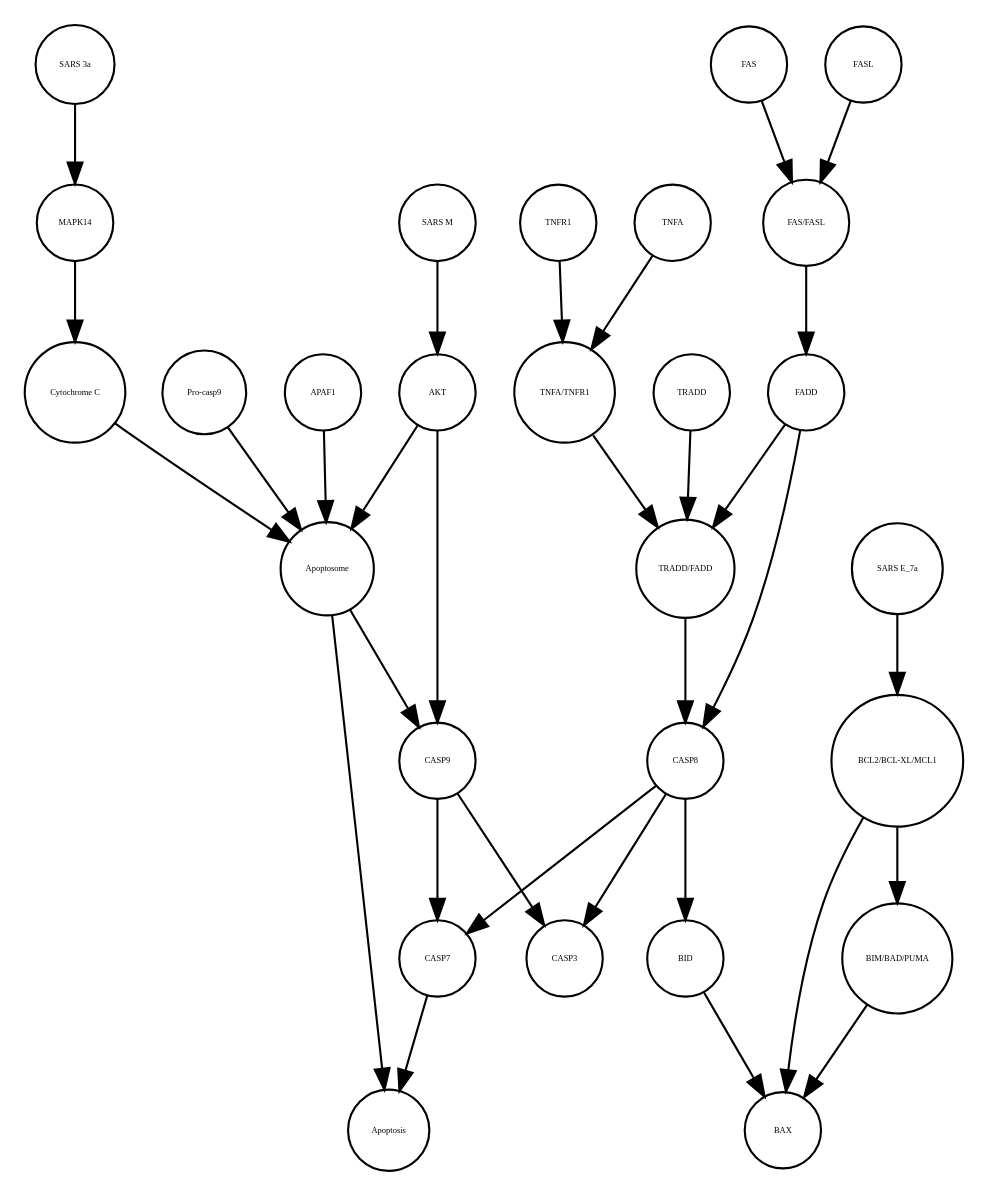
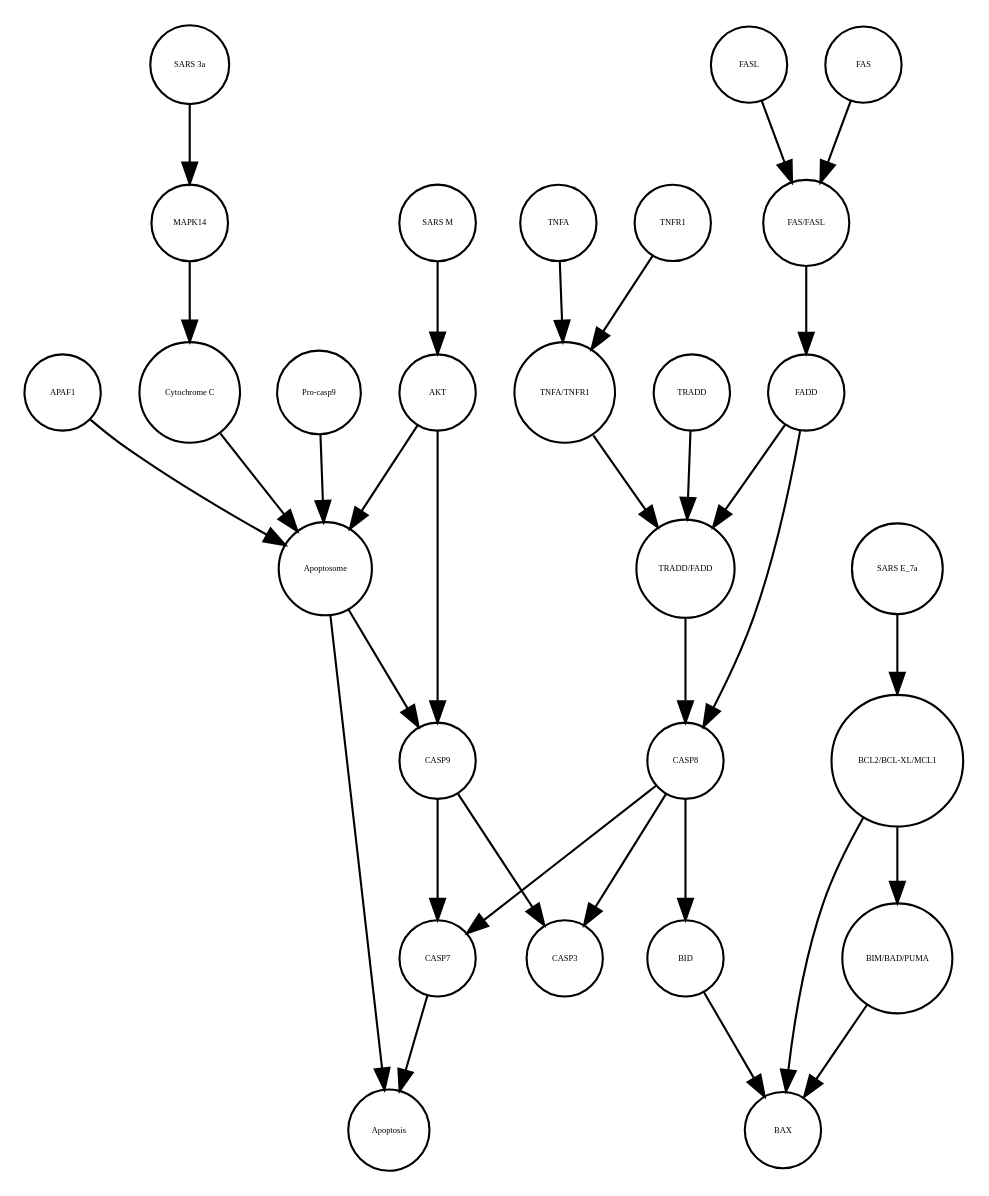
Before and after one commit to cannin/covid19-sbgn: the diagram in Apoptosis_VS_SSA_AN.xml_projected.dot, drawn with Graphviz. The commit also changed other lines of this file and 637 other files, not shown here.

```diff
--- a/Apoptosis_VS_SSA_AN.xml_projected.dot
+++ b/Apoptosis_VS_SSA_AN.xml_projected.dot
@@ -1,60 +1,60 @@
 strict digraph  {
 CASP7 [annotation="", bipartite=0, cls=macromolecule, fontsize=4, label=CASP7, shape=circle];
 Apoptosis [annotation="", bipartite=0, cls=phenotype, fontsize=4, label=Apoptosis, shape=circle];
 Apoptosome [annotation="", bipartite=0, cls=complex, fontsize=4, label=Apoptosome, shape=circle];
+"SARS E_7a" [annotation="", bipartite=0, cls=macromolecule, fontsize=4, label="SARS E_7a", shape=circle];
+"FAS/FASL" [annotation="", bipartite=0, cls=complex, fontsize=4, label="FAS/FASL", shape=circle];
+FAS [annotation="", bipartite=0, cls=macromolecule, fontsize=4, label=FAS, shape=circle];
+CASP3 [annotation="", bipartite=0, cls=macromolecule, fontsize=4, label=CASP3, shape=circle];
+APAF1 [annotation="", bipartite=0, cls=macromolecule, fontsize=4, label=APAF1, shape=circle];
+"TRADD/FADD" [annotation="", bipartite=0, cls=complex, fontsize=4, label="TRADD/FADD", shape=circle];
 CASP9 [annotation="", bipartite=0, cls=macromolecule, fontsize=4, label=CASP9, shape=circle];
-"SARS M" [annotation="", bipartite=0, cls=macromolecule, fontsize=4, label="SARS M", shape=circle];
-AKT [annotation="", bipartite=0, cls=macromolecule, fontsize=4, label=AKT, shape=circle];
-"FAS/FASL" [annotation="", bipartite=0, cls=complex, fontsize=4, label="FAS/FASL", shape=circle];
-FASL [annotation="", bipartite=0, cls=macromolecule, fontsize=4, label=FASL, shape=circle];
-APAF1 [annotation="", bipartite=0, cls=macromolecule, fontsize=4, label=APAF1, shape=circle];
-"SARS E_7a" [annotation="", bipartite=0, cls=macromolecule, fontsize=4, label="SARS E_7a", shape=circle];
+CASP8 [annotation="", bipartite=0, cls=macromolecule, fontsize=4, label=CASP8, shape=circle];
+"SARS 3a" [annotation="", bipartite=0, cls=macromolecule, fontsize=4, label="SARS 3a", shape=circle];
 FADD [annotation="", bipartite=0, cls=macromolecule, fontsize=4, label=FADD, shape=circle];
+TRADD [annotation="", bipartite=0, cls=macromolecule, fontsize=4, label=TRADD, shape=circle];
 BID [annotation="", bipartite=0, cls=macromolecule, fontsize=4, label=BID, shape=circle];
 BAX [annotation="", bipartite=0, cls=macromolecule, fontsize=4, label=BAX, shape=circle];
+MAPK14 [annotation="", bipartite=0, cls=macromolecule, fontsize=4, label=MAPK14, shape=circle];
+AKT [annotation="", bipartite=0, cls=macromolecule, fontsize=4, label=AKT, shape=circle];
+TNFR1 [annotation="", bipartite=0, cls=macromolecule, fontsize=4, label=TNFR1, shape=circle];
+"SARS M" [annotation="", bipartite=0, cls=macromolecule, fontsize=4, label="SARS M", shape=circle];
+TNFA [annotation="", bipartite=0, cls=macromolecule, fontsize=4, label=TNFA, shape=circle];
+"BCL2/BCL-XL/MCL1" [annotation="", bipartite=0, cls=complex, fontsize=4, label="BCL2/BCL-XL/MCL1", shape=circle];
+"BIM/BAD/PUMA" [annotation="", bipartite=0, cls=complex, fontsize=4, label="BIM/BAD/PUMA", shape=circle];
+"Cytochrome C" [annotation="", bipartite=0, cls=macromolecule, fontsize=4, label="Cytochrome C", shape=circle];
+"TNFA/TNFR1" [annotation="", bipartite=0, cls=complex, fontsize=4, label="TNFA/TNFR1", shape=circle];
+FASL [annotation="", bipartite=0, cls=macromolecule, fontsize=4, label=FASL, shape=circle];
 "Pro-casp9" [annotation="", bipartite=0, cls=macromolecule, fontsize=4, label="Pro-casp9", shape=circle];
-"SARS 3a" [annotation="", bipartite=0, cls=macromolecule, fontsize=4, label="SARS 3a", shape=circle];
-"TRADD/FADD" [annotation="", bipartite=0, cls=complex, fontsize=4, label="TRADD/FADD", shape=circle];
-TNFA [annotation="", bipartite=0, cls=macromolecule, fontsize=4, label=TNFA, shape=circle];
-CASP8 [annotation="", bipartite=0, cls=macromolecule, fontsize=4, label=CASP8, shape=circle];
-FAS [annotation="", bipartite=0, cls=macromolecule, fontsize=4, label=FAS, shape=circle];
-"Cytochrome C" [annotation="", bipartite=0, cls=macromolecule, fontsize=4, label="Cytochrome C", shape=circle];
-TRADD [annotation="", bipartite=0, cls=macromolecule, fontsize=4, label=TRADD, shape=circle];
-CASP3 [annotation="", bipartite=0, cls=macromolecule, fontsize=4, label=CASP3, shape=circle];
-MAPK14 [annotation="", bipartite=0, cls=macromolecule, fontsize=4, label=MAPK14, shape=circle];
-"TNFA/TNFR1" [annotation="", bipartite=0, cls=complex, fontsize=4, label="TNFA/TNFR1", shape=circle];
-"BCL2/BCL-XL/MCL1" [annotation="", bipartite=0, cls=complex, fontsize=4, label="BCL2/BCL-XL/MCL1", shape=circle];
-TNFR1 [annotation="", bipartite=0, cls=macromolecule, fontsize=4, label=TNFR1, shape=circle];
-"BIM/BAD/PUMA" [annotation="", bipartite=0, cls=complex, fontsize=4, label="BIM/BAD/PUMA", shape=circle];
 CASP7 -> Apoptosis  [annotation="", interaction_type=stimulation];
 Apoptosome -> Apoptosis  [annotation="", interaction_type=stimulation];
 Apoptosome -> CASP9  [annotation="urn_miriam_kegg.pathway_hsa04210", interaction_type=catalysis];
+"SARS E_7a" -> "BCL2/BCL-XL/MCL1"  [annotation="", interaction_type=inhibition];
+"FAS/FASL" -> FADD  [annotation="urn_miriam_kegg.pathway_hsa04210", interaction_type=catalysis];
+FAS -> "FAS/FASL"  [annotation="", interaction_type=production];
+APAF1 -> Apoptosome  [annotation="", interaction_type=production];
+"TRADD/FADD" -> CASP8  [annotation="urn_miriam_kegg.pathway_hsa04210", interaction_type=catalysis];
 CASP9 -> CASP7  [annotation="urn_miriam_kegg.pathway_hsa04210", interaction_type=catalysis];
 CASP9 -> CASP3  [annotation="urn_miriam_kegg.pathway_hsa04210", interaction_type=catalysis];
-"SARS M" -> AKT  [annotation=urn_miriam_pubmed_31226023, interaction_type=inhibition];
+CASP8 -> CASP7  [annotation="urn_miriam_kegg.pathway_hsa04210", interaction_type=catalysis];
+CASP8 -> BID  [annotation="urn_miriam_kegg.pathway_hsa04210", interaction_type=catalysis];
+CASP8 -> CASP3  [annotation="urn_miriam_kegg.pathway_hsa04210", interaction_type=catalysis];
+"SARS 3a" -> MAPK14  [annotation=urn_miriam_pubmed_31226023, interaction_type=catalysis];
+FADD -> CASP8  [annotation="urn_miriam_kegg.pathway_hsa04210", interaction_type=catalysis];
+FADD -> "TRADD/FADD"  [annotation="", interaction_type=production];
+TRADD -> "TRADD/FADD"  [annotation="", interaction_type=production];
+BID -> BAX  [annotation=urn_miriam_pubmed_31226023, interaction_type=catalysis];
+MAPK14 -> "Cytochrome C"  [annotation="urn_miriam_kegg.pathway_hsa04210|urn_miriam_pubmed_31226023", interaction_type=catalysis];
 AKT -> Apoptosome  [annotation="urn_miriam_kegg.pathway_hsa04210", interaction_type=inhibition];
 AKT -> CASP9  [annotation="urn_miriam_kegg.pathway_hsa04210", interaction_type=inhibition];
-"FAS/FASL" -> FADD  [annotation="urn_miriam_kegg.pathway_hsa04210", interaction_type=catalysis];
+TNFR1 -> "TNFA/TNFR1"  [annotation="", interaction_type=production];
+"SARS M" -> AKT  [annotation=urn_miriam_pubmed_31226023, interaction_type=inhibition];
+TNFA -> "TNFA/TNFR1"  [annotation="", interaction_type=production];
+"BCL2/BCL-XL/MCL1" -> "BIM/BAD/PUMA"  [annotation="", interaction_type=inhibition];
+"BCL2/BCL-XL/MCL1" -> BAX  [annotation=urn_miriam_pubmed_31226023, interaction_type=inhibition];
+"BIM/BAD/PUMA" -> BAX  [annotation=urn_miriam_pubmed_31226023, interaction_type=catalysis];
+"Cytochrome C" -> Apoptosome  [annotation="", interaction_type=production];
+"TNFA/TNFR1" -> "TRADD/FADD"  [annotation="urn_miriam_kegg.pathway_hsa04210", interaction_type=catalysis];
 FASL -> "FAS/FASL"  [annotation="", interaction_type=production];
-APAF1 -> Apoptosome  [annotation="", interaction_type=production];
-"SARS E_7a" -> "BCL2/BCL-XL/MCL1"  [annotation="", interaction_type=inhibition];
-FADD -> "TRADD/FADD"  [annotation="", interaction_type=production];
-FADD -> CASP8  [annotation="urn_miriam_kegg.pathway_hsa04210", interaction_type=catalysis];
-BID -> BAX  [annotation=urn_miriam_pubmed_31226023, interaction_type=catalysis];
 "Pro-casp9" -> Apoptosome  [annotation="", interaction_type=production];
-"SARS 3a" -> MAPK14  [annotation=urn_miriam_pubmed_31226023, interaction_type=catalysis];
-"TRADD/FADD" -> CASP8  [annotation="urn_miriam_kegg.pathway_hsa04210", interaction_type=catalysis];
-TNFA -> "TNFA/TNFR1"  [annotation="", interaction_type=production];
-CASP8 -> BID  [annotation="urn_miriam_kegg.pathway_hsa04210", interaction_type=catalysis];
-CASP8 -> CASP7  [annotation="urn_miriam_kegg.pathway_hsa04210", interaction_type=catalysis];
-CASP8 -> CASP3  [annotation="urn_miriam_kegg.pathway_hsa04210", interaction_type=catalysis];
-FAS -> "FAS/FASL"  [annotation="", interaction_type=production];
-"Cytochrome C" -> Apoptosome  [annotation="", interaction_type=production];
-TRADD -> "TRADD/FADD"  [annotation="", interaction_type=production];
-MAPK14 -> "Cytochrome C"  [annotation="urn_miriam_kegg.pathway_hsa04210|urn_miriam_pubmed_31226023", interaction_type=catalysis];
-"TNFA/TNFR1" -> "TRADD/FADD"  [annotation="urn_miriam_kegg.pathway_hsa04210", interaction_type=catalysis];
-"BCL2/BCL-XL/MCL1" -> BAX  [annotation=urn_miriam_pubmed_31226023, interaction_type=inhibition];
-"BCL2/BCL-XL/MCL1" -> "BIM/BAD/PUMA"  [annotation="", interaction_type=inhibition];
-TNFR1 -> "TNFA/TNFR1"  [annotation="", interaction_type=production];
-"BIM/BAD/PUMA" -> BAX  [annotation=urn_miriam_pubmed_31226023, interaction_type=catalysis];
 }
```
